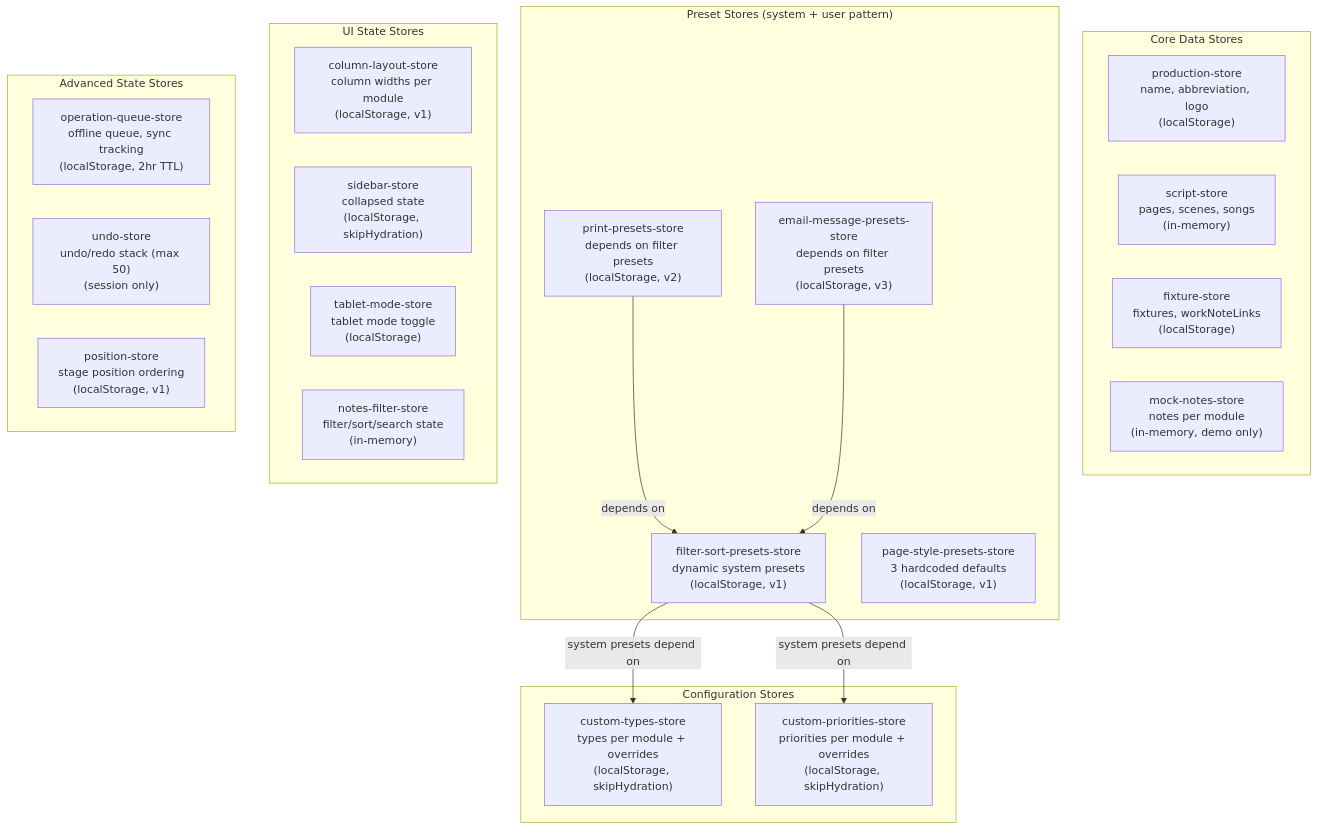
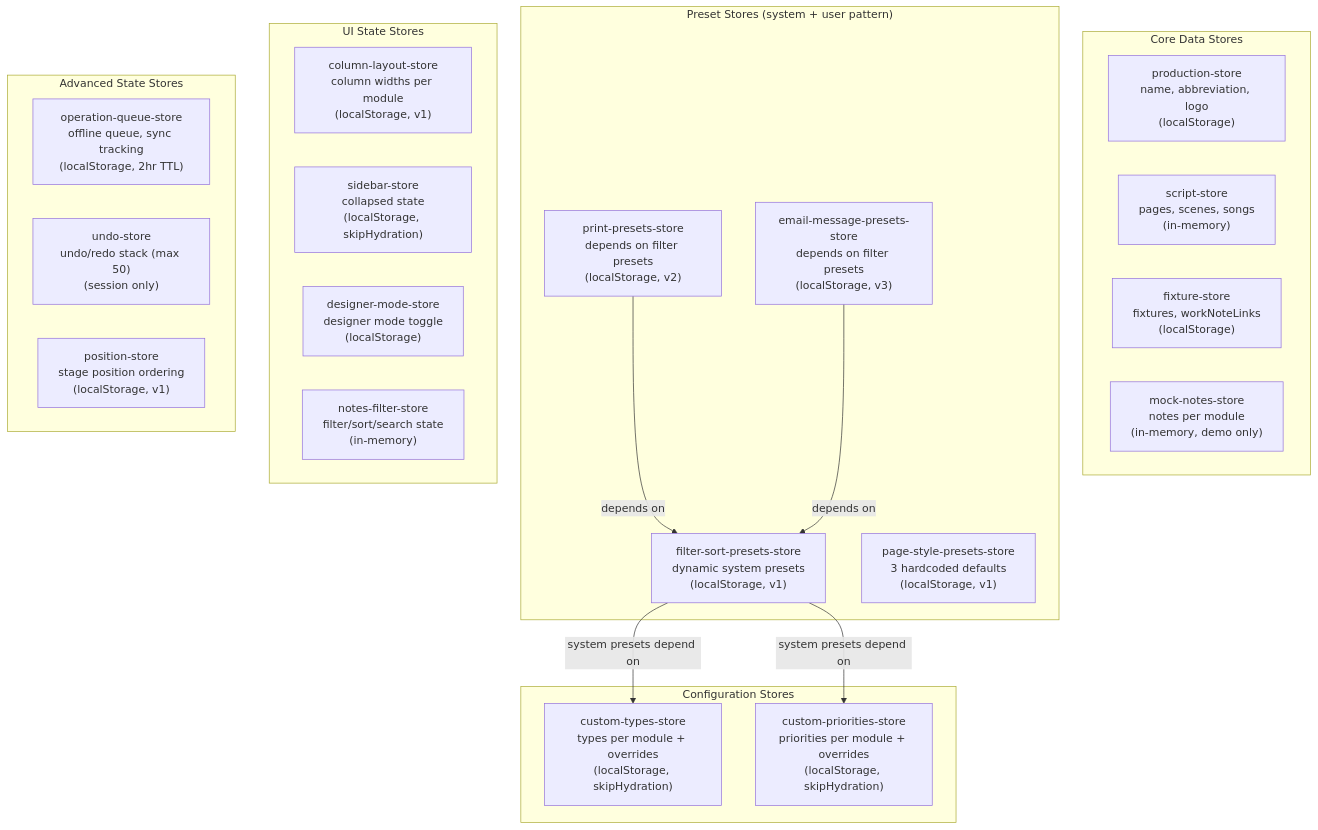
Before and after one commit to NSDodgers/lxnotes-claude: the eighth of 12 diagrams in docs/architecture.mermaid.md, drawn with Mermaid. The commit also changed 24 other files, not shown here.

First line of the commit message:
refactor: rename Tablet Mode to Designer Mode

````diff
--- a/docs/architecture.mermaid.md
+++ b/docs/architecture.mermaid.md
@@ -292,39 +292,39 @@
 ```mermaid
 graph TB
     subgraph CoreData["Core Data Stores"]
         ProdStore["production-store<br/>name, abbreviation, logo<br/>(localStorage)"]
         ScriptStore["script-store<br/>pages, scenes, songs<br/>(in-memory)"]
         FixtureStore["fixture-store<br/>fixtures, workNoteLinks<br/>(localStorage)"]
         MockStore["mock-notes-store<br/>notes per module<br/>(in-memory, demo only)"]
     end
 
     subgraph PresetStores["Preset Stores (system + user pattern)"]
         FSP["filter-sort-presets-store<br/>dynamic system presets<br/>(localStorage, v1)"]
         PP["print-presets-store<br/>depends on filter presets<br/>(localStorage, v2)"]
         EMP["email-message-presets-store<br/>depends on filter presets<br/>(localStorage, v3)"]
         PSP["page-style-presets-store<br/>3 hardcoded defaults<br/>(localStorage, v1)"]
     end
 
     subgraph ConfigStores["Configuration Stores"]
         CT["custom-types-store<br/>types per module + overrides<br/>(localStorage, skipHydration)"]
         CP["custom-priorities-store<br/>priorities per module + overrides<br/>(localStorage, skipHydration)"]
     end
 
     subgraph UIStores["UI State Stores"]
         CL["column-layout-store<br/>column widths per module<br/>(localStorage, v1)"]
         SB["sidebar-store<br/>collapsed state<br/>(localStorage, skipHydration)"]
-        TM["tablet-mode-store<br/>tablet mode toggle<br/>(localStorage)"]
+        TM["designer-mode-store<br/>designer mode toggle<br/>(localStorage)"]
         NF["notes-filter-store<br/>filter/sort/search state<br/>(in-memory)"]
     end
 
     subgraph AdvancedStores["Advanced State Stores"]
         OQ["operation-queue-store<br/>offline queue, sync tracking<br/>(localStorage, 2hr TTL)"]
         US["undo-store<br/>undo/redo stack (max 50)<br/>(session only)"]
         PS["position-store<br/>stage position ordering<br/>(localStorage, v1)"]
     end
 
     FSP -->|"system presets depend on"| CT
     FSP -->|"system presets depend on"| CP
     PP -->|"depends on"| FSP
     EMP -->|"depends on"| FSP
 ```
````
